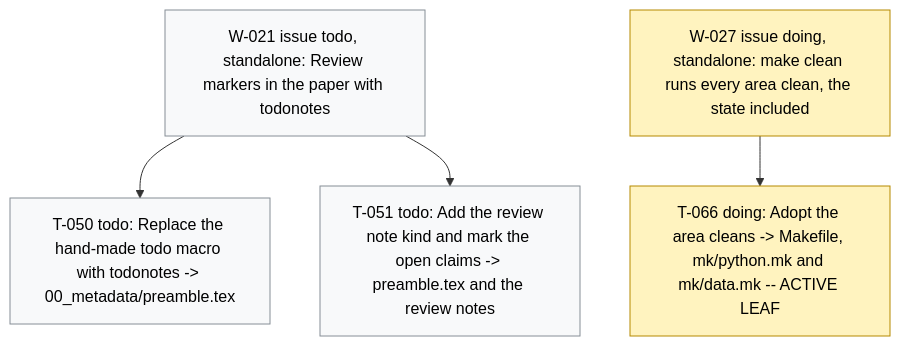
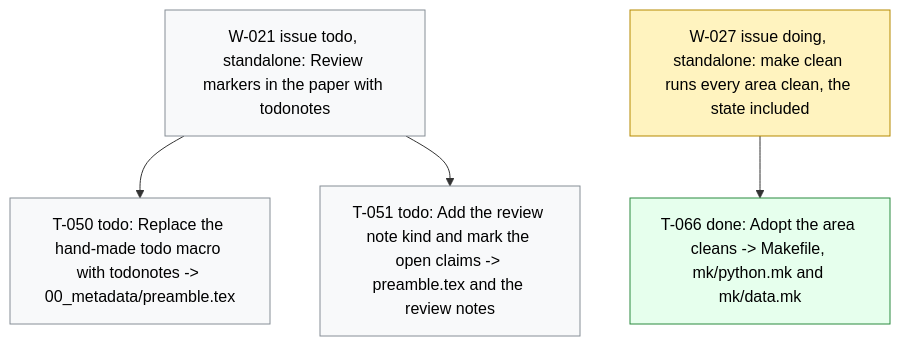
Before and after one commit to dpopchev/surrogate-models: the diagram in .board/BOARD.md, drawn with Mermaid. The commit also changed other lines of this file and 1 other file, not shown here.

Commit message:
chore: close T-066 on the board
Refs: W-027 T-066

````diff
--- a/.board/BOARD.md
+++ b/.board/BOARD.md
@@ -177,15 +177,16 @@
 ```mermaid
 flowchart TD
   W021["W-021 issue todo, standalone: Review markers in the paper with todonotes"]
   W021 --> T050["T-050 todo: Replace the hand-made todo macro with todonotes -> 00_metadata/preamble.tex"]
   W021 --> T051["T-051 todo: Add the review note kind and mark the open claims -> preamble.tex and the review notes"]
   W027["W-027 issue doing, standalone: make clean runs every area clean, the state included"]
-  W027 --> T066["T-066 doing: Adopt the area cleans -> Makefile, mk/python.mk and mk/data.mk -- ACTIVE LEAF"]
+  W027 --> T066["T-066 done: Adopt the area cleans -> Makefile, mk/python.mk and mk/data.mk"]
   classDef doing fill:#fff3bf,stroke:#b58900,color:#000;
   classDef blocked fill:#ffe3e3,stroke:#c92a2a,color:#000;
   classDef done fill:#e6ffed,stroke:#2b8a3e,color:#000;
   classDef todo fill:#f8f9fa,stroke:#868e96,color:#000;
   classDef pruned fill:#f1f3f5,stroke:#adb5bd,color:#000;
-  class W027,T066 doing
+  class W027 doing
+  class T066 done
   class W021,T050,T051 todo
 ```
````
